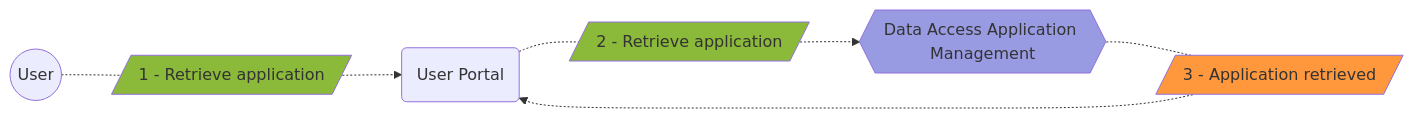
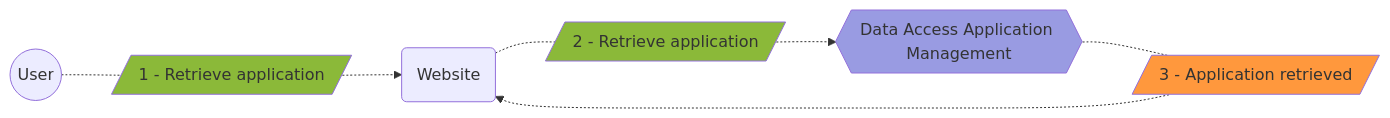
The fifth of 15 diagrams in content/docs/data-access-application-management/use-cases/_index.md (GenomicDataInfrastructure/gdi-userportal-docs), drawn with Mermaid before and after one commit. The commit also changed other lines of this file, not shown here.

````diff
--- a/content/docs/data-access-application-management/use-cases/_index.md
+++ b/content/docs/data-access-application-management/use-cases/_index.md
@@ -184,36 +184,36 @@
 ```mermaid
 flowchart LR
     user(("`
         User
     `"))
     
-    user_portal("`
-        User Portal
+    website("`
+        Website
     `")
     
     daam{{"`
         Data Access Application Management
     `"}}
     style daam fill:#999be2
     
     retrieve_application_1[/"`
         1 - Retrieve application
     `"/]
     retrieve_application_2[/"`
         2 - Retrieve application
     `"/]
     style retrieve_application_1 fill:#8BB939
     style retrieve_application_2 fill:#8BB939
     
     application_retrieved[/"`
         3 - Application retrieved
     `"/]
     style application_retrieved fill:#FF983D
 
     user -.- retrieve_application_1
-    retrieve_application_1 -.-> user_portal
-    user_portal -.- retrieve_application_2
+    retrieve_application_1 -.-> website
+    website -.- retrieve_application_2
     retrieve_application_2 -.-> daam
     daam -.- application_retrieved
-    application_retrieved -.-> user_portal
+    application_retrieved -.-> website
 ```
````
